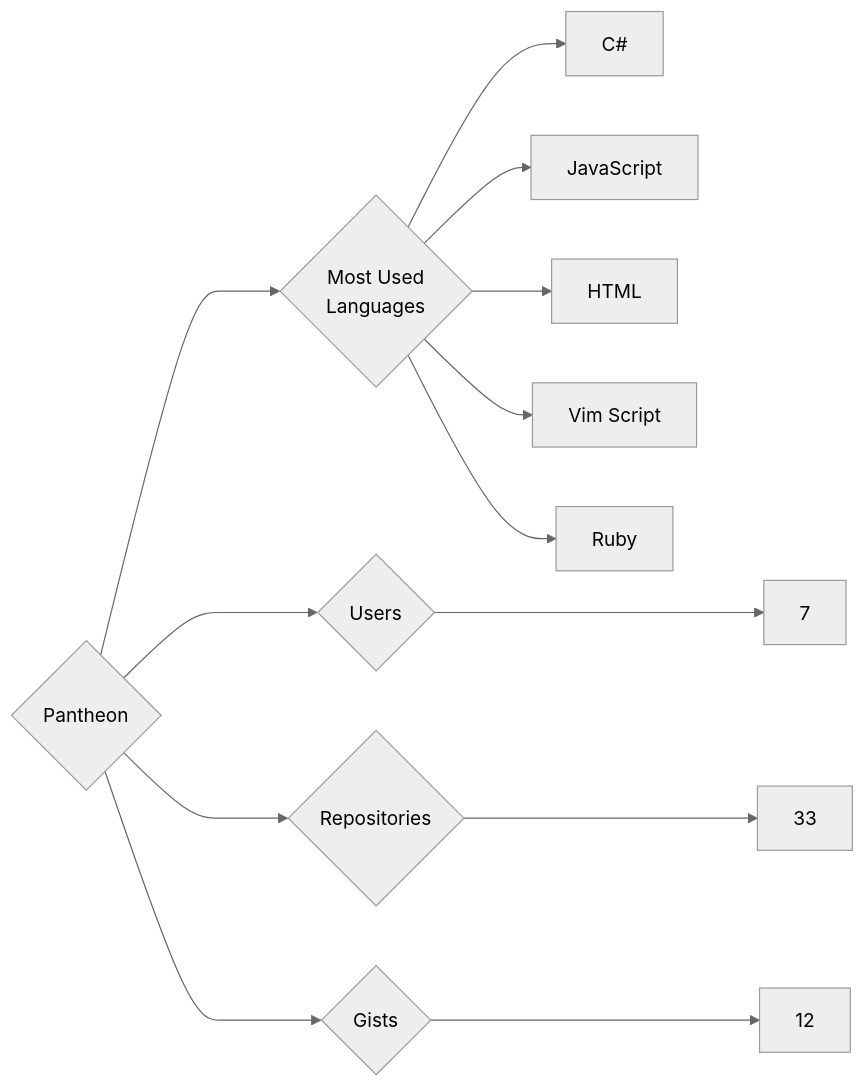
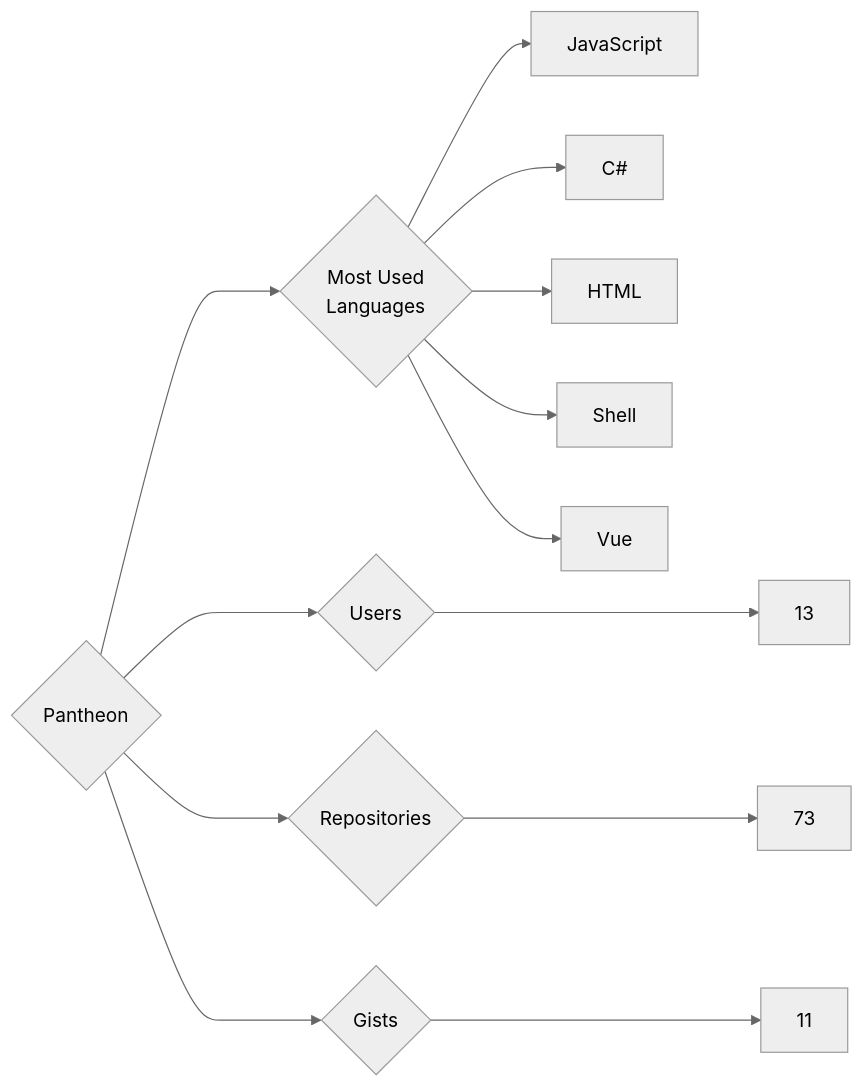
One commit to trickest/insiders changed the diagram in targets/Pantheon/README.md. Above: the diagram before and after it, drawn with Mermaid (neutral theme). The commit also changed 597 other files, not shown here.

````diff
--- a/targets/Pantheon/README.md
+++ b/targets/Pantheon/README.md
@@ -3,13 +3,13 @@
 ```mermaid
 graph LR
 COMPANY_NAME{Pantheon}
-COMPANY_NAME ---> U{Users} ---> UN[7]
-COMPANY_NAME ---> R{Repositories} ---> RN[33]
-COMPANY_NAME ---> G{Gists} ---> GN[12]
+COMPANY_NAME ---> U{Users} ---> UN[13]
+COMPANY_NAME ---> R{Repositories} ---> RN[73]
+COMPANY_NAME ---> G{Gists} ---> GN[11]
 COMPANY_NAME ---> ML{Most Used<br>Languages}
+ML --> JavaScript[JavaScript]
 ML --> C#[C#]
-ML --> JavaScript[JavaScript]
 ML --> HTML[HTML]
-ML --> Vim_Script[Vim Script]
-ML --> Ruby[Ruby]
+ML --> Shell[Shell]
+ML --> Vue[Vue]
 ```
````
